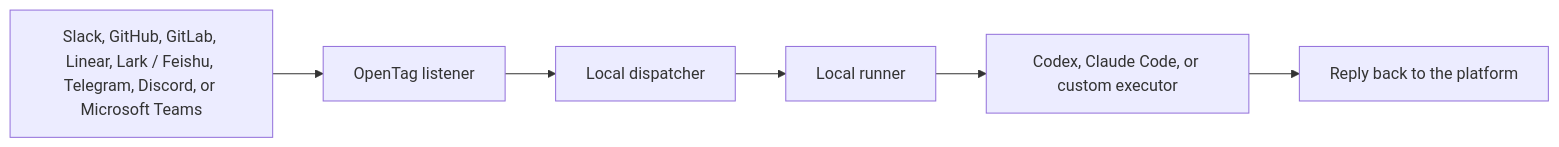
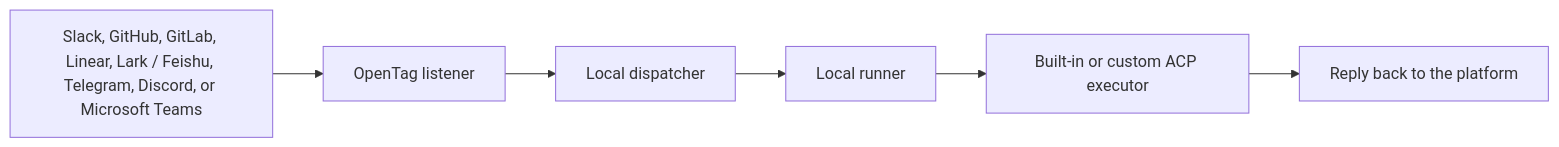
One commit to amplifthq/opentag changed the diagram in README.md. Above: the diagram before and after it, drawn with Mermaid. The commit also changed other lines of this file and 79 other files, not shown here.

First line of the commit message:
Migrate built-in coding agents to Generic ACP (#95)

````diff
--- a/README.md
+++ b/README.md
@@ -223,8 +227,8 @@
 ```mermaid
 flowchart LR
     A["Slack, GitHub, GitLab, Linear, Lark / Feishu, Telegram, Discord, or Microsoft Teams"] --> B["OpenTag listener"]
     B --> C["Local dispatcher"]
     C --> D["Local runner"]
-    D --> E["Codex, Claude Code, or custom executor"]
+    D --> E["Built-in or custom ACP executor"]
     E --> F["Reply back to the platform"]
 ```
````
